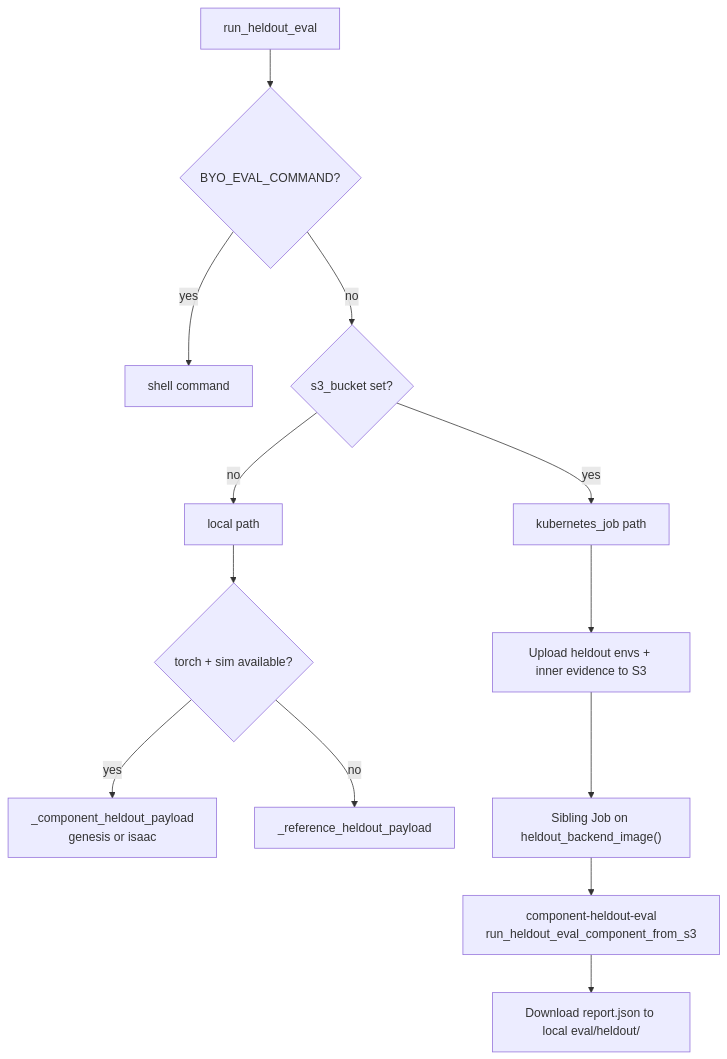
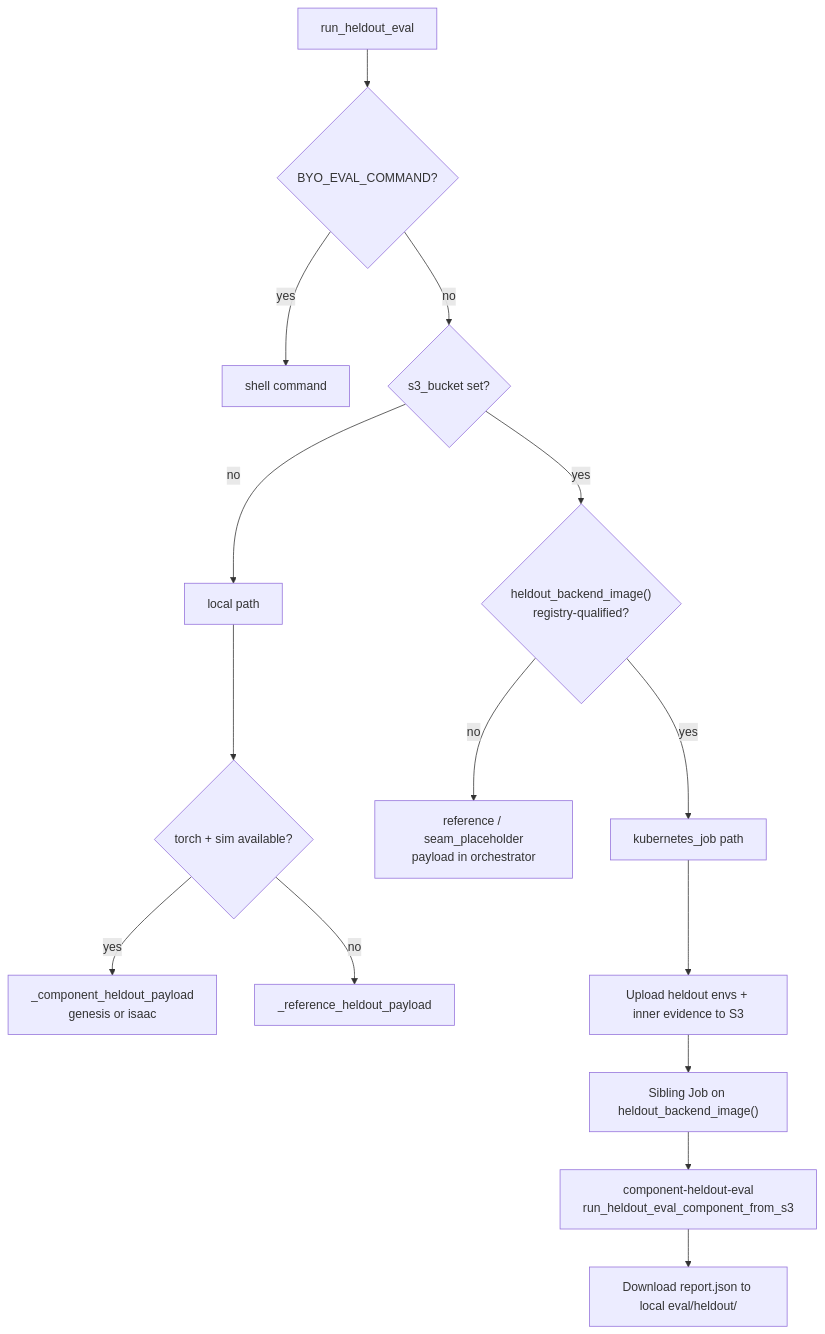
The fifth of 6 diagrams in docs/workbench/guides/sim2real-architecture.md (nebius/nebius-physical-ai), drawn with Mermaid before and after one commit. The commit also changed other lines of this file and 10 other files, not shown here.

````diff
--- a/docs/workbench/guides/sim2real-architecture.md
+++ b/docs/workbench/guides/sim2real-architecture.md
@@ -183,17 +204,19 @@
 ```mermaid
 flowchart TD
   HE["run_heldout_eval"] --> BYO{"BYO_EVAL_COMMAND?"}
   BYO -->|yes| CMD["shell command"]
   BYO -->|no| S3{"s3_bucket set?"}
   S3 -->|no| LOCAL["local path"]
-  S3 -->|yes| K8S["kubernetes_job path"]
+  S3 -->|yes| READY{"heldout_backend_image()<br/>registry-qualified?"}
+  READY -->|no| SEAM["reference / seam_placeholder<br/>payload in orchestrator"]
+  READY -->|yes| K8S["kubernetes_job path"]
 
   LOCAL --> SIM{"torch + sim available?"}
   SIM -->|yes| COMP["_component_heldout_payload<br/>genesis or isaac"]
   SIM -->|no| REF["_reference_heldout_payload"]
 
   K8S --> UP["Upload heldout envs + inner evidence to S3"]
   UP --> JOB["Sibling Job on heldout_backend_image()"]
   JOB --> SUB["component-heldout-eval<br/>run_heldout_eval_component_from_s3"]
   SUB --> DL["Download report.json to local eval/heldout/"]
 ```
````
